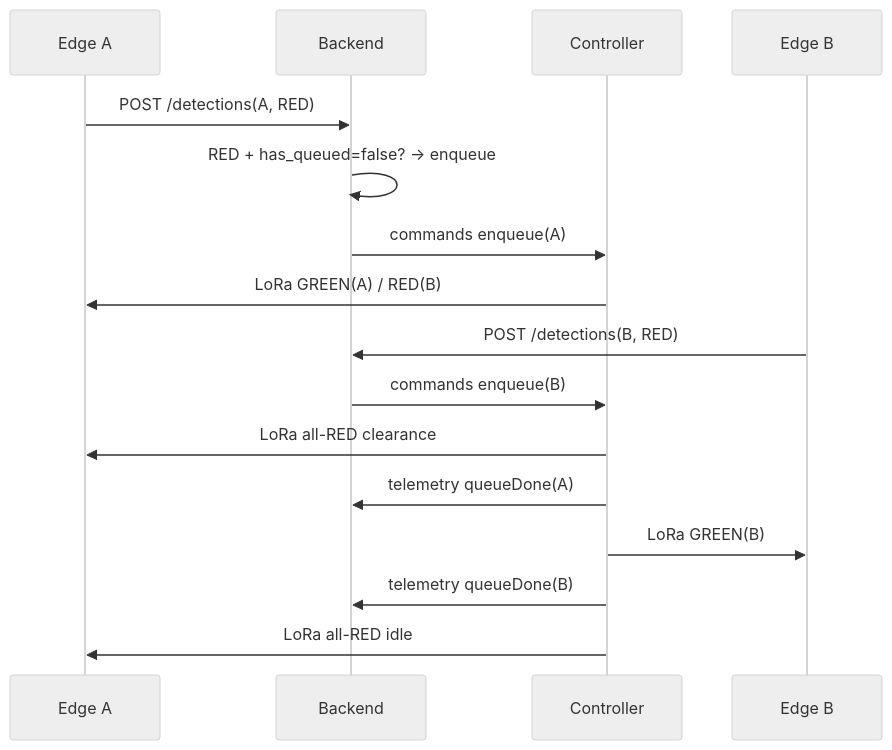
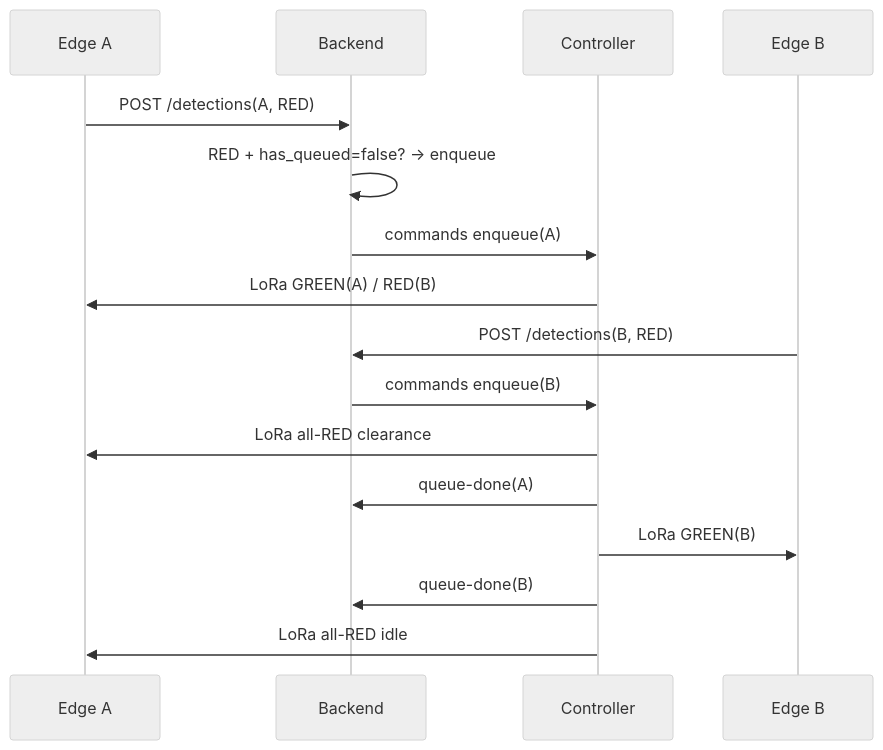
Before and after one commit to vclane/vclane-docs: the third of 3 diagrams in docs/traffic-controller.md, drawn with Mermaid (neutral theme). The commit also changed other lines of this file and 8 other files, not shown here.

First line of the commit message:
docs: edge-only telemetry; move queue completion to traffic/group/{id}/queue-done

````diff
--- a/docs/traffic-controller.md
+++ b/docs/traffic-controller.md
@@ -178,18 +178,18 @@
 ```mermaid
 sequenceDiagram
     participant A as Edge A
     participant S as Backend
     participant C as Controller
     participant B as Edge B
     A->>S: POST /detections(A, RED)
     S->>S: RED + has_queued=false? → enqueue
     S->>C: commands enqueue(A)
     C->>A: LoRa GREEN(A) / RED(B)
     B->>S: POST /detections(B, RED)
     S->>C: commands enqueue(B)
     C->>A: LoRa all-RED clearance
-    C->>S: telemetry queueDone(A)
+    C->>S: queue-done(A)
     C->>B: LoRa GREEN(B)
-    C->>S: telemetry queueDone(B)
+    C->>S: queue-done(B)
     C->>A: LoRa all-RED idle
 ```
````
